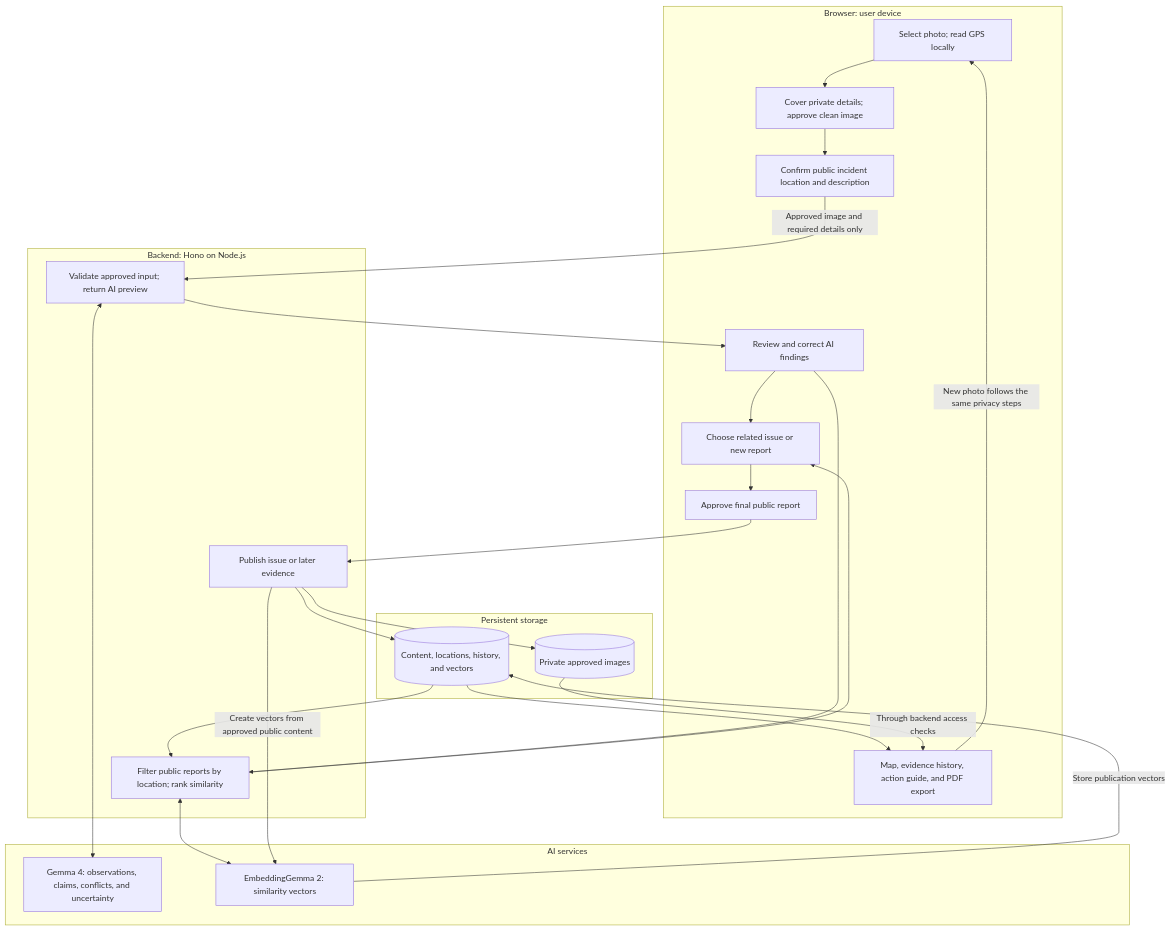
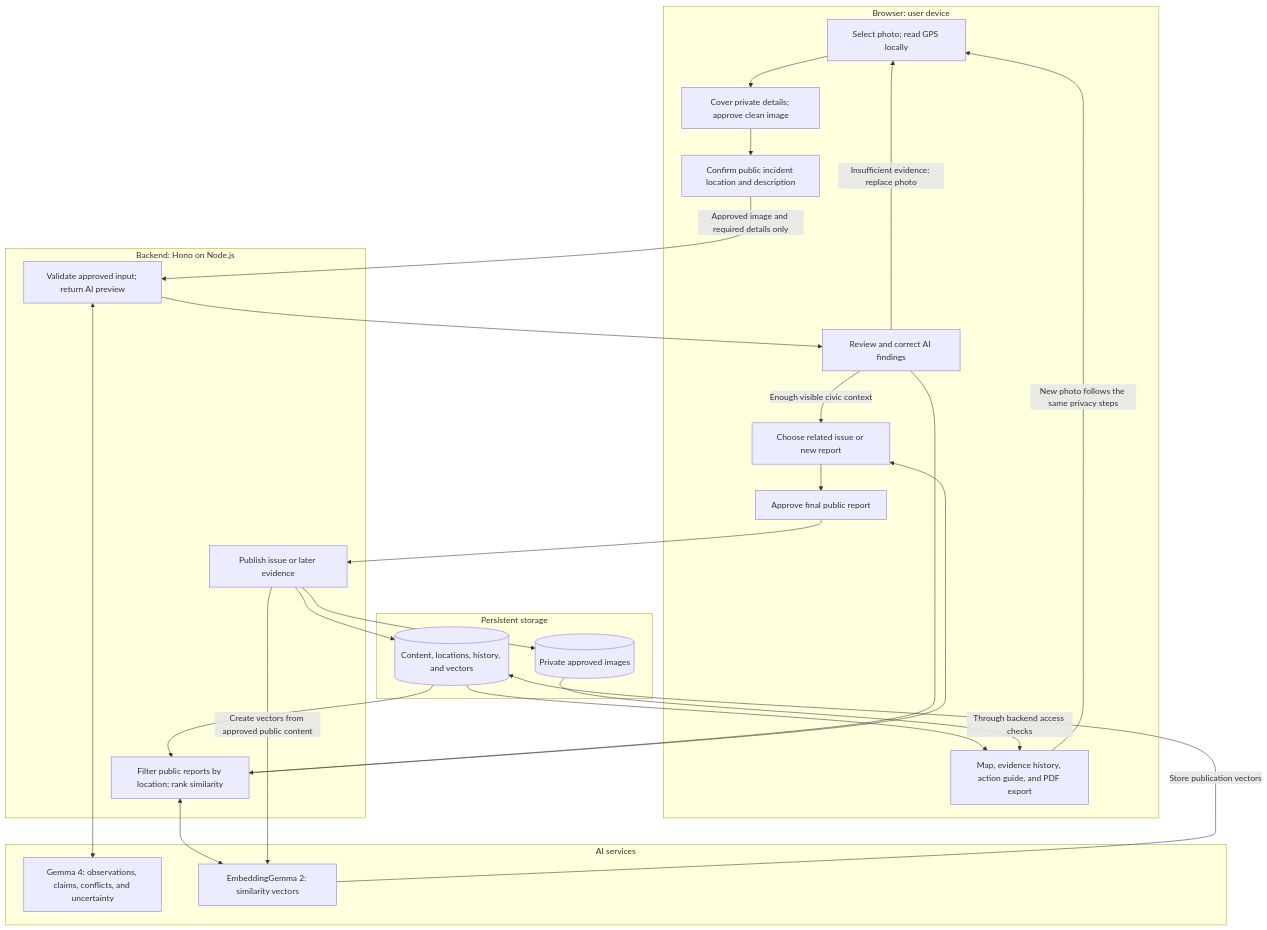
Before and after one commit to sasivarnan/civic-lens: the first of 2 diagrams in WORKFLOW.md, drawn with Mermaid. The commit also changed other lines of this file and 12 other files, not shown here.

Commit message:
fix: block publication when civic evidence is insufficient

````diff
--- a/WORKFLOW.md
+++ b/WORKFLOW.md
@@ -9,42 +9,43 @@
 ```mermaid
 flowchart TB
     subgraph BROWSER["Browser: user device"]
         PHOTO["Select photo; read GPS locally"]
         PRIVACY["Cover private details; approve clean image"]
         LOCATION["Confirm public incident location and description"]
         REVIEW["Review and correct AI findings"]
         CHOICE["Choose related issue or new report"]
         APPROVE["Approve final public report"]
         VIEW["Map, evidence history, action guide, and PDF export"]
         PHOTO --> PRIVACY --> LOCATION
-        REVIEW --> CHOICE --> APPROVE
+        REVIEW -->|"Enough visible civic context"| CHOICE --> APPROVE
+        REVIEW -->|"Insufficient evidence: replace photo"| PHOTO
     end
     subgraph BACKEND["Backend: Hono on Node.js"]
         ANALYZE["Validate approved input; return AI preview"]
         SEARCH["Filter public reports by location; rank similarity"]
         PUBLISH["Publish issue or later evidence"]
     end
     subgraph AI["AI services"]
         GEMMA["Gemma 4: observations, claims, conflicts, and uncertainty"]
         EMBED["EmbeddingGemma 2: similarity vectors"]
     end
     subgraph DATA["Persistent storage"]
         DB[("Content, locations, history, and vectors")]
         FILES[("Private approved images")]
     end
     LOCATION -->|"Approved image and required details only"| ANALYZE
     ANALYZE <--> GEMMA
     ANALYZE --> REVIEW
     REVIEW --> SEARCH
     SEARCH <--> EMBED
     DB --> SEARCH
     SEARCH --> CHOICE
     APPROVE --> PUBLISH
     PUBLISH --> DB
     PUBLISH --> FILES
     PUBLISH -->|"Create vectors from approved public content"| EMBED
     EMBED -->|"Store publication vectors"| DB
     DB --> VIEW
     FILES -->|"Through backend access checks"| VIEW
     VIEW -->|"New photo follows the same privacy steps"| PHOTO
 ```
````
